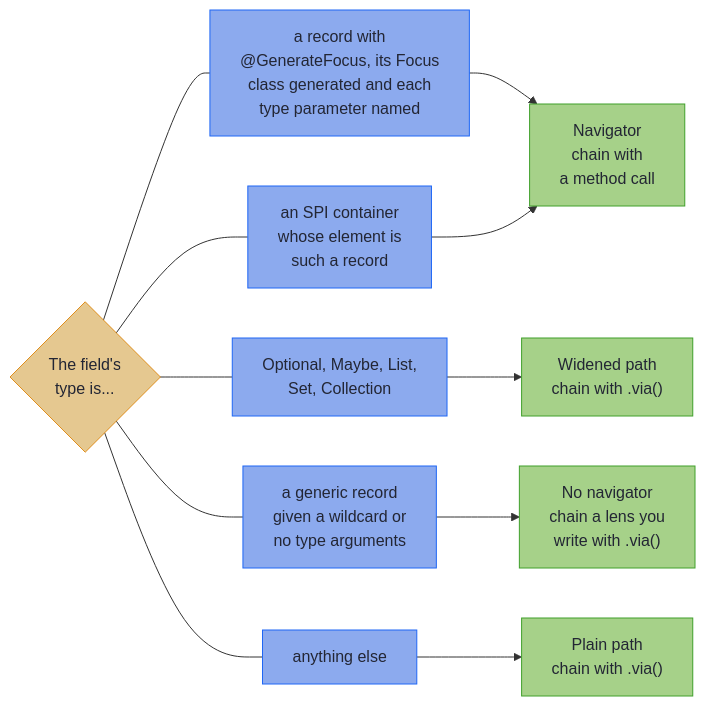
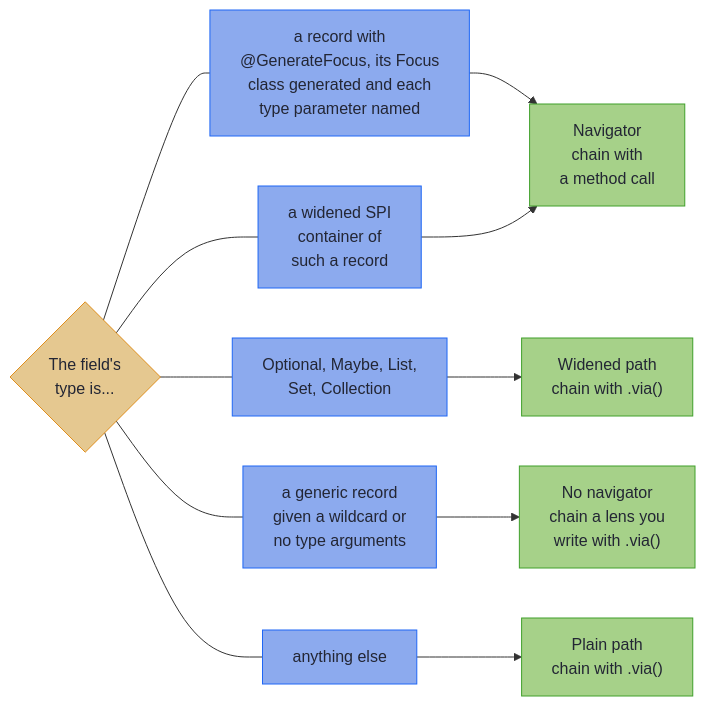
One commit to higher-kinded-j/higher-kinded-j changed the diagram in hkj-book/src/optics/focus_navigation.md. Above: the diagram before and after it, drawn with Mermaid. The commit also changed other lines of this file and 77 other files, not shown here.

````diff
--- a/hkj-book/src/optics/focus_navigation.md
+++ b/hkj-book/src/optics/focus_navigation.md
@@ -152,23 +152,23 @@
 ```mermaid
 flowchart LR
     accTitle: Which fields get a navigator
-    accDescr: A record annotated with GenerateFocus, whose Focus class was generated and whose type parameters the field names, gets a navigator, and so does an SPI container whose element is such a record. Optional, Maybe, List, Set and Collection fields are widened to a path chained with via. A generic record given a wildcard or no type arguments gets no navigator, so chain a lens you write with via. Anything else keeps a plain path chained with via.
+    accDescr: A record annotated with GenerateFocus, whose Focus class was generated and whose type parameters the field names, gets a navigator, and so does an SPI container of such a record that the declaring record widens. Optional, Maybe, List, Set and Collection fields are widened to a path chained with via. A generic record given a wildcard or no type arguments gets no navigator, so chain a lens you write with via. Anything else keeps a plain path chained with via.
     F{"The field's<br/>type is..."}
     F --- R1["a record with<br/>@GenerateFocus, its Focus<br/>class generated and each<br/>type parameter named"]
-    F --- R2["an SPI container<br/>whose element is<br/>such a record"]
+    F --- R2["a widened SPI<br/>container of<br/>such a record"]
     F --- R3["Optional, Maybe, List,<br/>Set, Collection"]
     F --- R4["a generic record<br/>given a wildcard or<br/>no type arguments"]
     F --- R5["anything else"]
     R1 --> N["Navigator<br/>chain with<br/>a method call"]
     R2 --> N
     R3 --> W["Widened path<br/>chain with .via()"]
     R4 --> Q["No navigator<br/>chain a lens you<br/>write with .via()"]
     R5 --> P["Plain path<br/>chain with .via()"]
 
     classDef decision fill:#e5c890,stroke:#df8e1d,color:#232634
     classDef step fill:#8caaee,stroke:#1e66f5,color:#232634
     classDef tier fill:#a6d189,stroke:#40a02b,color:#232634
     class F decision
     class R1,R2,R3,R4,R5 step
     class N,W,Q,P tier
 ```
````
